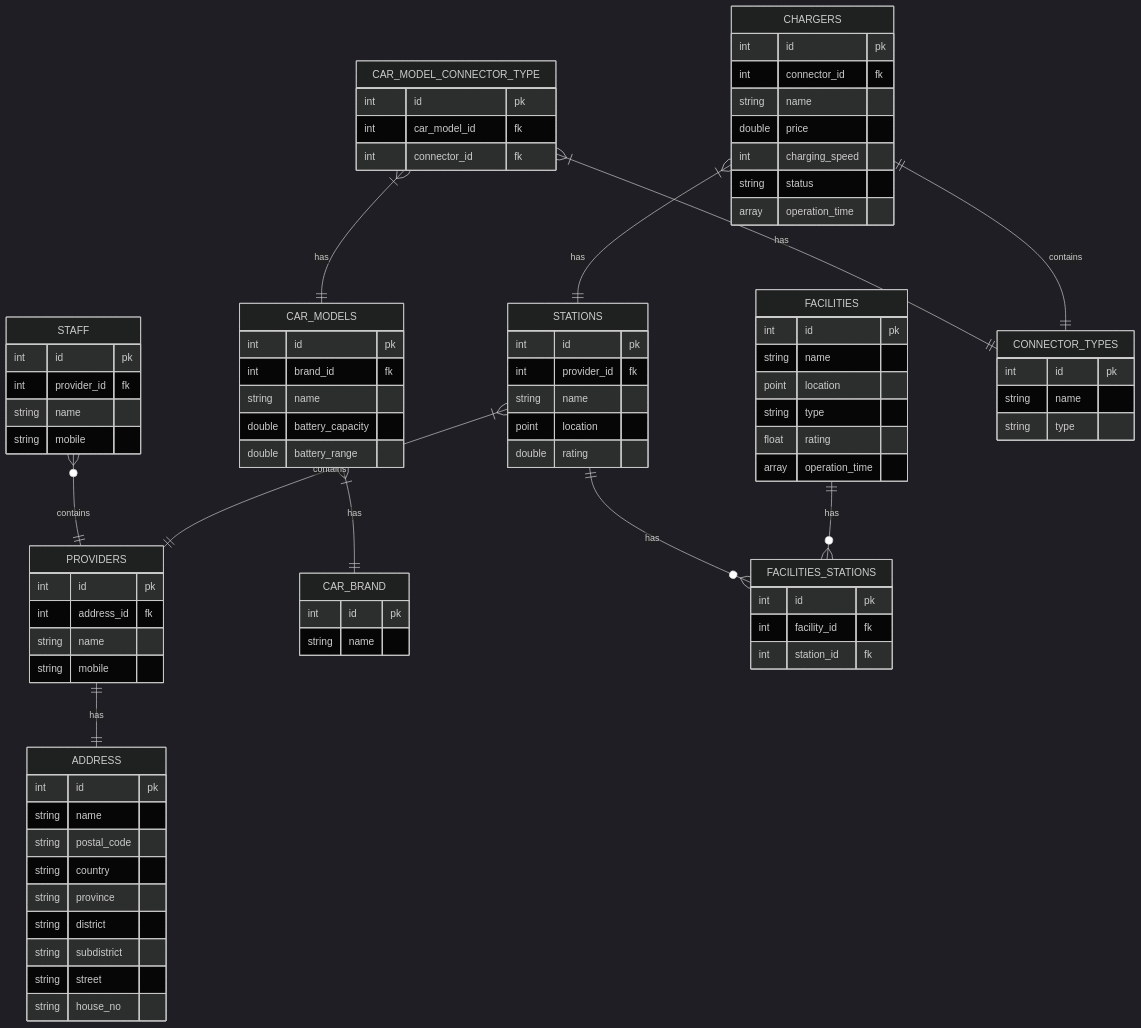
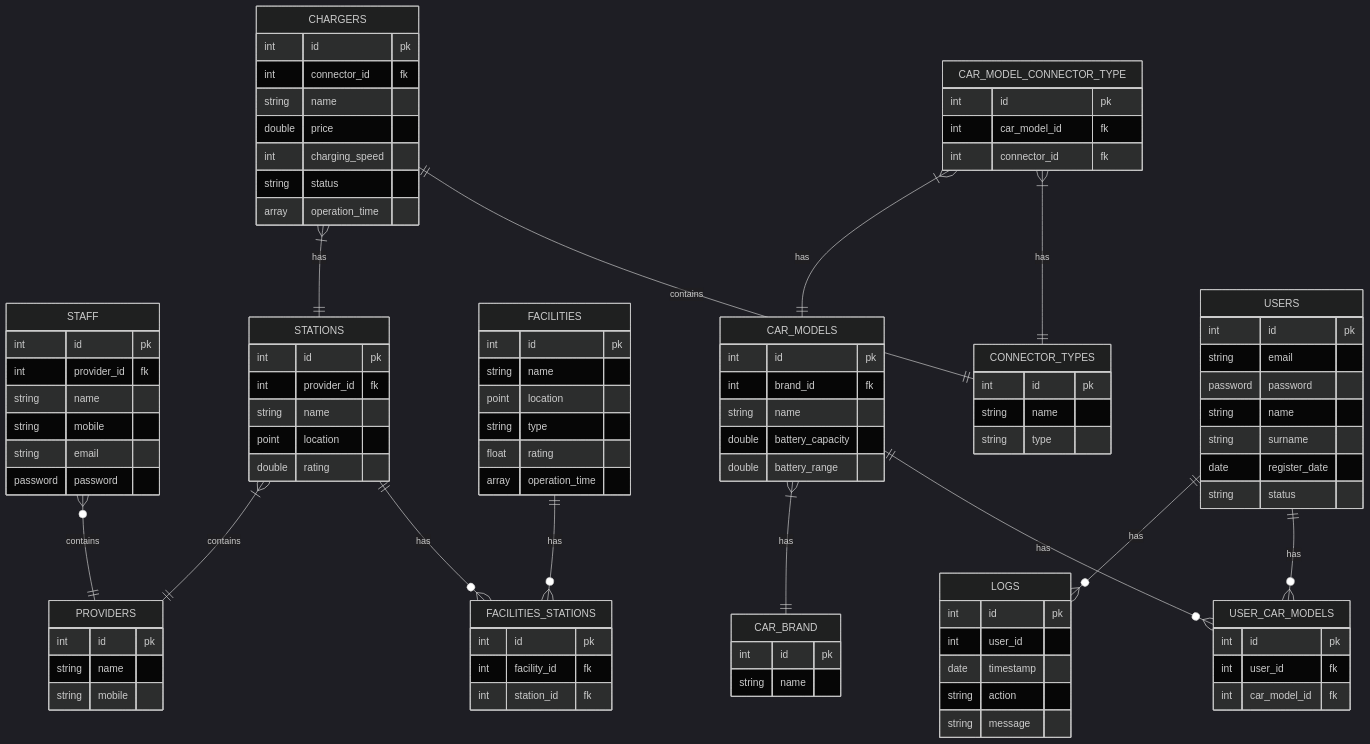
The diagram in db.md (ongzasad/ev-trip-planner), drawn with Mermaid (dark theme) before and after one commit.

Commit message:
update erd

````diff
--- a/db.md
+++ b/db.md
@@ -6,10 +6,12 @@
             int provider_id fk
             string name
             string mobile
+            string email
+            password password
+
         }
         PROVIDERS {
             int id pk
-            int address_id fk
             string name
             string mobile
         }
@@ -53,17 +55,6 @@
             point location
             double rating
         }
-        ADDRESS {
-            int id pk
-            string name
-            string postal_code
-            string country
-            string province
-            string district
-            string subdistrict
-            string street
-            string house_no
-        }
         CONNECTOR_TYPES {
             int id pk
             string name
@@ -74,14 +65,37 @@
             int car_model_id fk
             int connector_id fk
         }
+        USERS {
+            int id pk
+            string email
+            password password
+            string name
+            string surname
+            date register_date
+            string status
+        }
+        LOGS {
+            int id pk
+            int user_id
+            date timestamp
+            string action
+            string message
+        }
+        USER_CAR_MODELS {
+            int id pk
+            int user_id fk
+            int car_model_id fk
+        }
         STAFF o{--|| PROVIDERS : contains
         STATIONS |{--|| PROVIDERS : contains
         CAR_MODELS |{--|| CAR_BRAND : has
         STATIONS ||--o{ FACILITIES_STATIONS : has
         FACILITIES ||--o{ FACILITIES_STATIONS : has
         CHARGERS |{--|| STATIONS : has
-        PROVIDERS ||--|| ADDRESS : has
         CAR_MODEL_CONNECTOR_TYPE |{--|| CAR_MODELS : has
         CAR_MODEL_CONNECTOR_TYPE |{--|| CONNECTOR_TYPES : has
         CHARGERS ||--|| CONNECTOR_TYPES : contains
-```     
+        USERS ||--o{ LOGS : has
+        USERS ||--o{ USER_CAR_MODELS: has
+        CAR_MODELS ||--o{ USER_CAR_MODELS: has
+```
````
